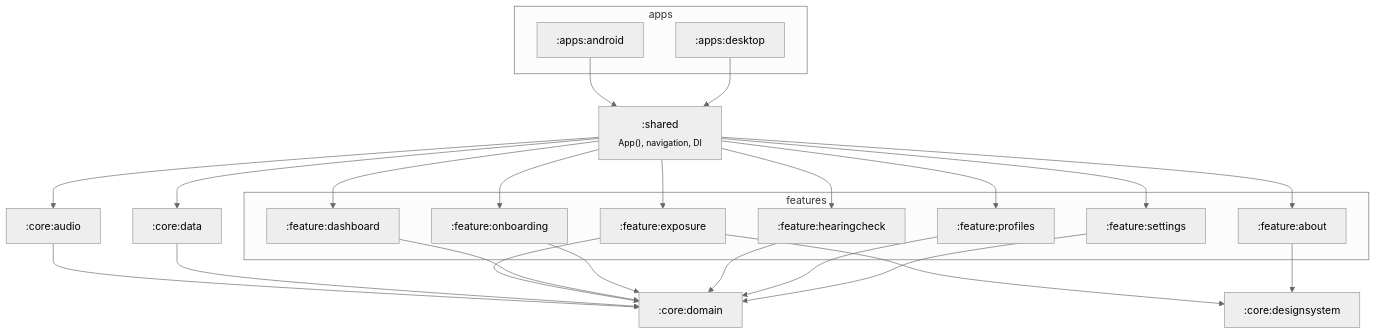
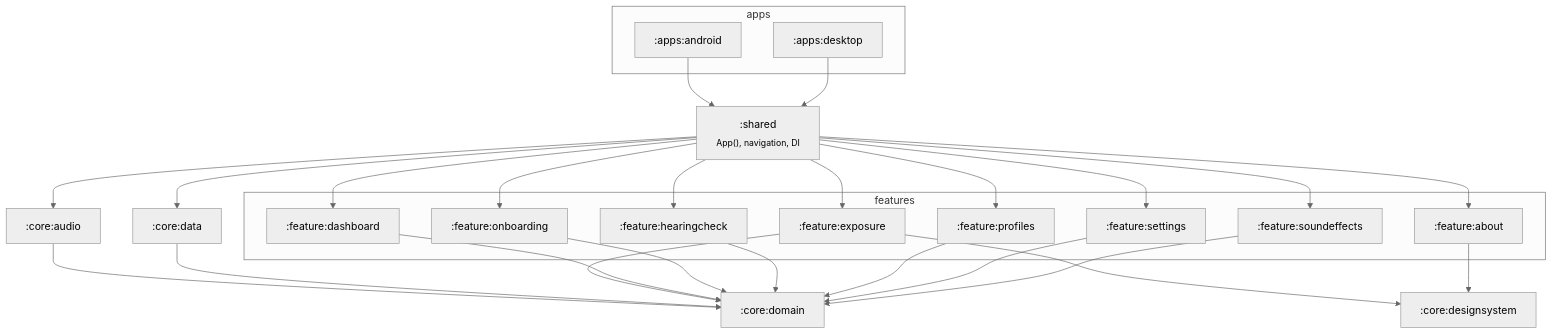
One commit to JeanCarloLond/WHLambda changed the first of 3 diagrams in docs/architecture.md. Above: the diagram before and after it, drawn with Mermaid (neutral theme). The commit also changed 49 other files, not shown here.

````diff
--- a/docs/architecture.md
+++ b/docs/architecture.md
@@ -10,42 +10,45 @@
 ```mermaid
 flowchart TB
     subgraph apps
         android[":apps:android"]
         desktop[":apps:desktop"]
     end
     shared[":shared<br/><sub>App(), navigation, DI</sub>"]
     subgraph features
         dashboard[":feature:dashboard"]
         exposure[":feature:exposure"]
         hearingcheck[":feature:hearingcheck"]
         onboarding[":feature:onboarding"]
         profiles[":feature:profiles"]
         settings[":feature:settings"]
+        soundeffects[":feature:soundeffects"]
         about[":feature:about"]
     end
     designsystem[":core:designsystem"]
     domain[":core:domain"]
     data[":core:data"]
 
     android --> shared
     desktop --> shared
     shared --> dashboard
     shared --> exposure
     shared --> hearingcheck
     shared --> onboarding
     shared --> profiles
     shared --> settings
+    shared --> soundeffects
     shared --> about
     shared --> data
     shared --> audio[":core:audio"]
     audio --> domain
     data --> domain
     exposure --> designsystem
     exposure --> domain
     dashboard --> domain
     onboarding --> domain
     hearingcheck --> domain
     profiles --> domain
     settings --> domain
+    soundeffects --> domain
     about --> designsystem
 ```
````
